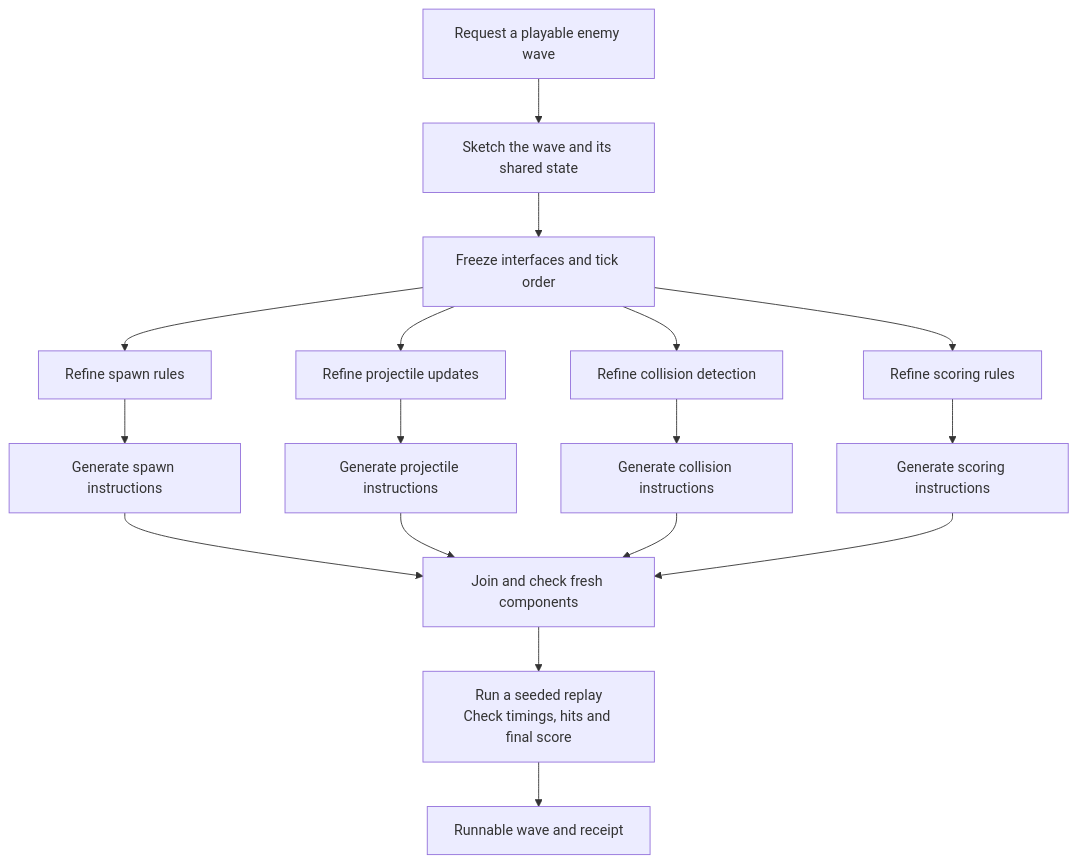
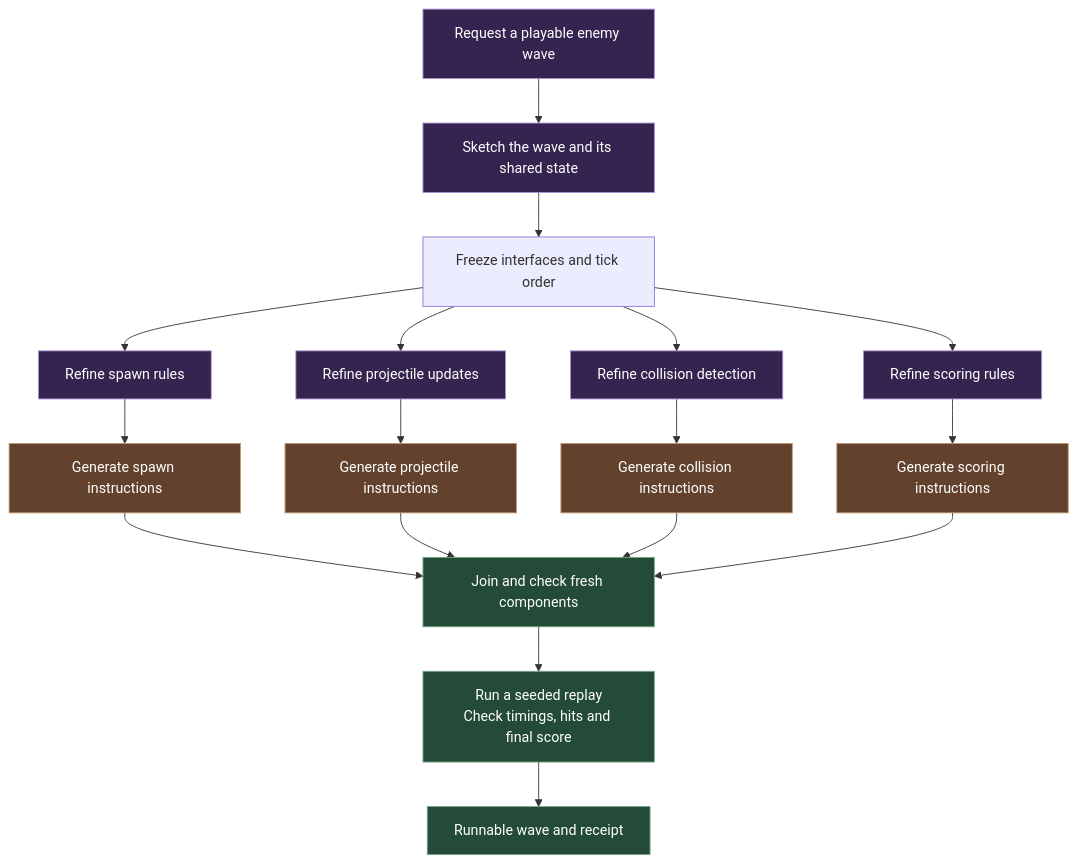
Before and after one commit to Kian-hdr/lore-demo: the second of 5 diagrams in docs/Architecture.md, drawn with Mermaid. The commit also changed other lines of this file and 7 other files, not shown here.

Commit message:
IND-317 visualize memory architecture and use numeric hierarchy codes

````diff
--- a/docs/Architecture.md
+++ b/docs/Architecture.md
@@ -39,19 +48,25 @@
 ```mermaid
 flowchart TD
     A["Request a playable enemy wave"] --> O["Sketch the wave and its shared state"]
     O --> F["Freeze interfaces and tick order"]
     F --> S["Refine spawn rules"]
     F --> P["Refine projectile updates"]
     F --> C["Refine collision detection"]
     F --> D["Refine scoring rules"]
     S --> SI["Generate spawn instructions"]
     P --> PI["Generate projectile instructions"]
     C --> CI["Generate collision instructions"]
     D --> DI["Generate scoring instructions"]
     SI --> J["Join and check fresh components"]
     PI --> J
     CI --> J
     DI --> J
     J --> T["Run a seeded replay<br/>Check timings, hits and final score"]
     T --> R["Runnable wave and receipt"]
+    classDef plan fill:#35244f,stroke:#aa91d2,color:#ffffff;
+    class A,O,S,P,C,D plan;
+    classDef exec fill:#62422d,stroke:#c39770,color:#ffffff;
+    class SI,PI,CI,DI exec;
+    classDef check fill:#234b38,stroke:#7ba98c,color:#ffffff;
+    class J,T,R check;
 ```
````
